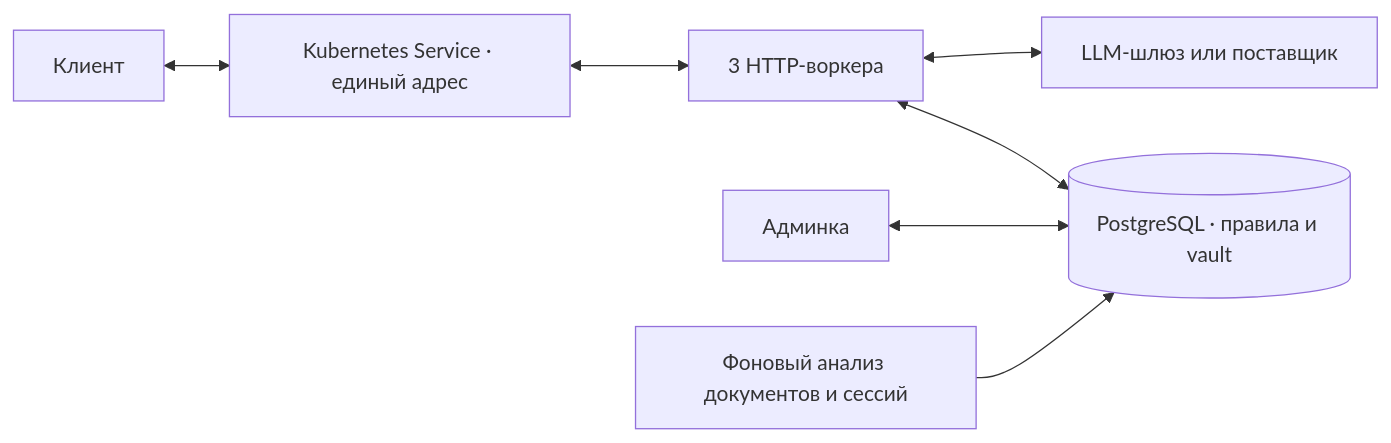
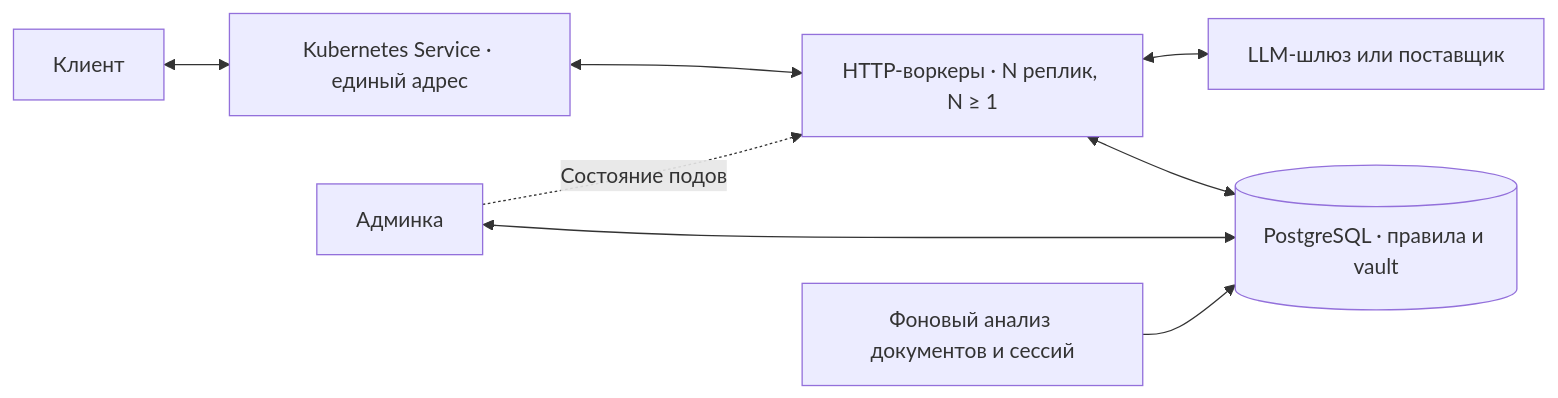
One commit to miqonee/Kaponir changed the diagram in docs/CORPORATE_ARCHITECTURE.md. Above: the diagram before and after it, drawn with Mermaid. The commit also changed other lines of this file and 4 other files, not shown here.

````diff
--- a/docs/CORPORATE_ARCHITECTURE.md
+++ b/docs/CORPORATE_ARCHITECTURE.md
@@ -10,9 +12,10 @@
 ```mermaid
 flowchart LR
     client["Клиент"] <--> service["Kubernetes Service · единый адрес"]
-    service <--> workers["3 HTTP-воркера"]
+    service <--> workers["HTTP-воркеры · N реплик, N ≥ 1"]
     workers <--> provider["LLM-шлюз или поставщик"]
     workers <--> db[("PostgreSQL · правила и vault")]
     admin["Админка"] <--> db
+    admin -.->|Состояние подов| workers
     background["Фоновый анализ документов и сессий"] --> db
 ```
````
